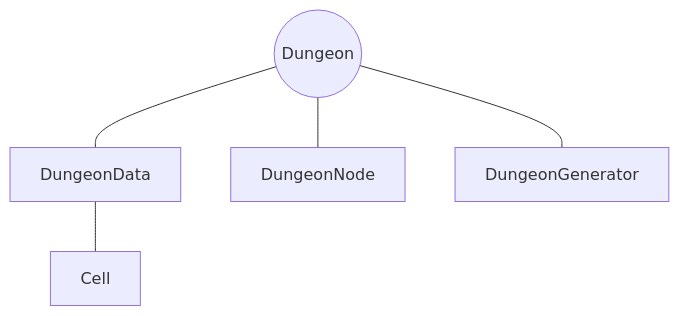
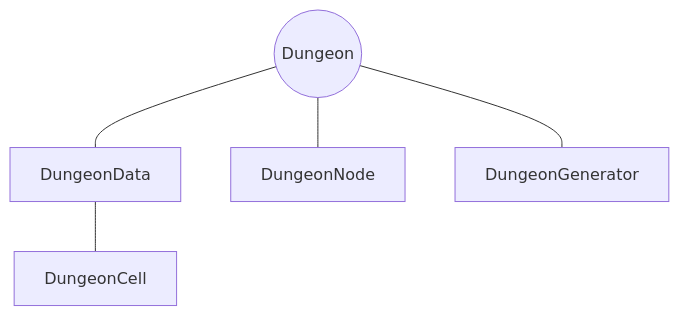
One commit to zatsuki0/krwiikosci changed the diagram in docs/dungeon/index.md. Above: the diagram before and after it, drawn with Mermaid. The commit also changed other lines of this file and 17 other files, not shown here.

````diff
--- a/docs/dungeon/index.md
+++ b/docs/dungeon/index.md
@@ -3,12 +3,13 @@
 ```mermaid
 graph TD
   n1@{ shape: "circle", label: "Dungeon" }
   n1 --- n5["DungeonData"]
   n1 --- n2["DungeonNode"]
   n1 --- n3["DungeonGenerator"]
-  n5 --- n4["Cell"]
+  n5 --- n4["DungeonCell"]
 
   click n5 "/dungeon/dungeon_data/" "Go to DungeonData docs"
   click n3 "/dungeon/dungeon_generator/" "Go to DungeonGenerator docs"
   click n2 "/dungeon/dungeon_node/" "Go to DungeonNode docs"
+  click n4 "/dungeon/dungeon_cell/" "Go to DungeonCell docs"
 ```
````
